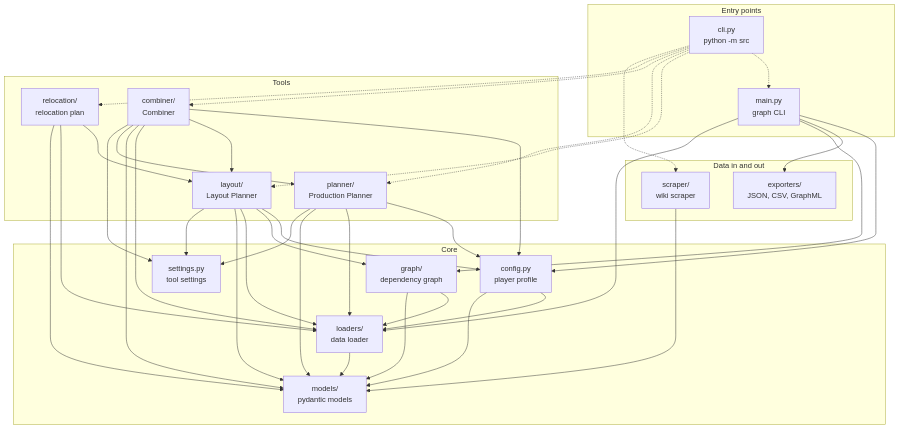
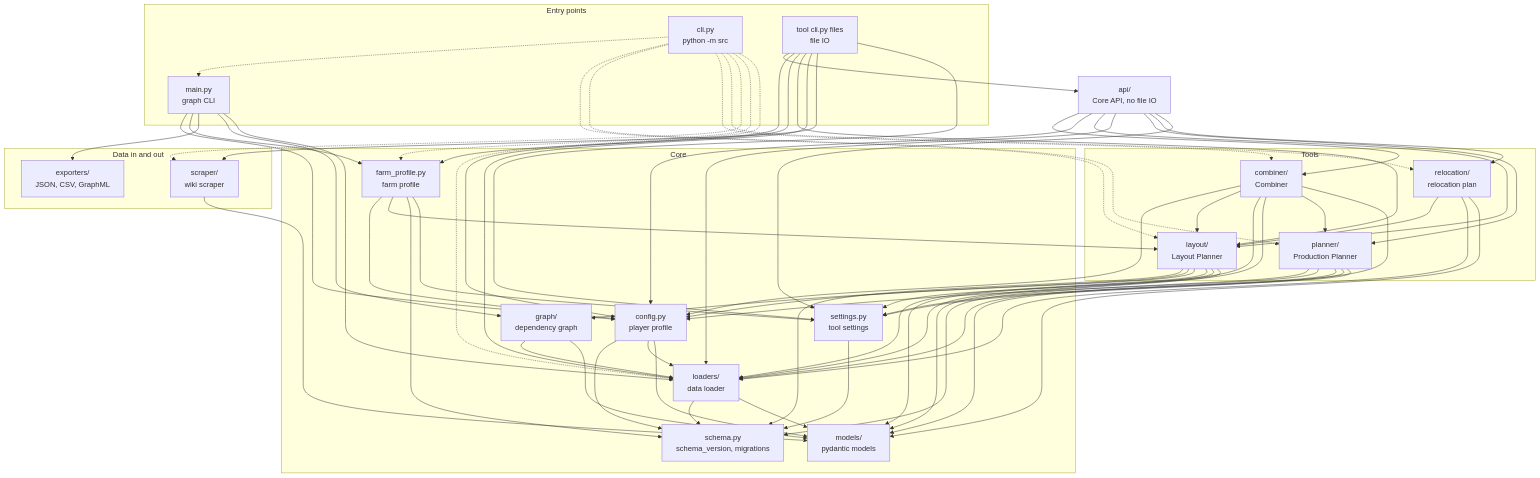
One commit to Drntth/farm-production-recipe-dependency-graph changed the first of 2 diagrams in docs/architecture.md. Above: the diagram before and after it, drawn with Mermaid. The commit also changed other lines of this file and 53 other files, not shown here.

Commit message:
[HAYDAY-PROJECT] Add Core API, map split, farm profile, schema versions and data bundle

```diff
--- a/docs/architecture.md
+++ b/docs/architecture.md
@@ -11,7 +11,9 @@
     subgraph entry[Entry points]
         cli[cli.py<br/>python -m src]
         main[main.py<br/>graph CLI]
+        toolcli[tool cli.py files<br/>file IO]
     end
+    api[api/<br/>Core API, no file IO]
     subgraph tools[Tools]
         layout[layout/<br/>Layout Planner]
         planner[planner/<br/>Production Planner]
@@ -20,10 +22,12 @@
     end
     subgraph core[Core]
         config[config.py<br/>player profile]
+        fprofile[farm_profile.py<br/>farm profile]
         settings[settings.py<br/>tool settings]
         dgraph[graph/<br/>dependency graph]
         loaders[loaders/<br/>data loader]
         models[models/<br/>pydantic models]
+        schema[schema.py<br/>schema_version, migrations]
     end
     subgraph io[Data in and out]
         scraper[scraper/<br/>wiki scraper]
@@ -36,8 +40,38 @@
     cli -.-> combiner
     cli -.-> relocation
     cli -.-> scraper
+    cli -.-> fprofile
+    cli -.-> loaders
+
+    toolcli --> api
+    toolcli --> config
+    toolcli --> fprofile
+    toolcli --> layout
+    toolcli --> loaders
+    toolcli --> scraper
+    toolcli --> settings
+
+    api --> combiner
+    api --> config
+    api --> layout
+    api --> loaders
+    api --> planner
+    api --> relocation
+    api --> settings
+
+    fprofile --> config
+    fprofile --> layout
+    fprofile --> schema
+    fprofile --> settings
+
+    config --> schema
+    loaders --> schema
+    settings --> schema
+    layout --> schema
+    planner --> schema
 
     main --> config
+    main --> fprofile
     main --> exporters
     main --> dgraph
     main --> loaders
```
